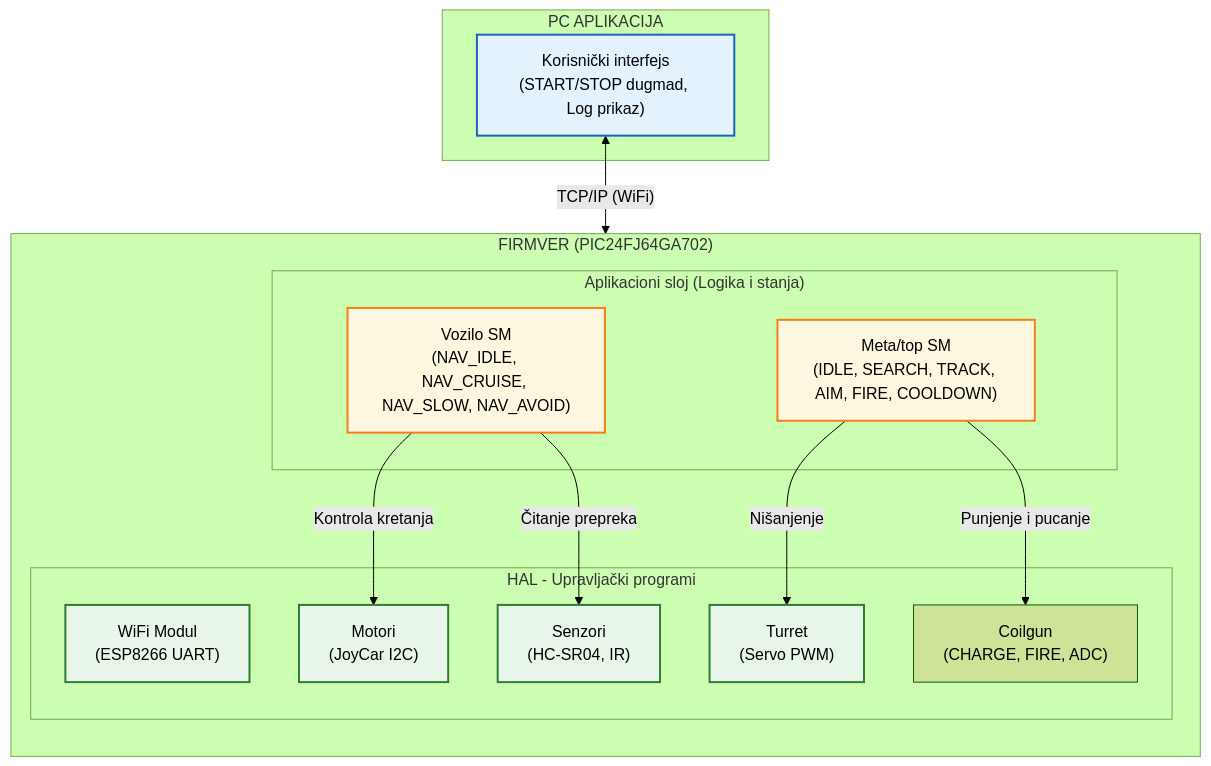
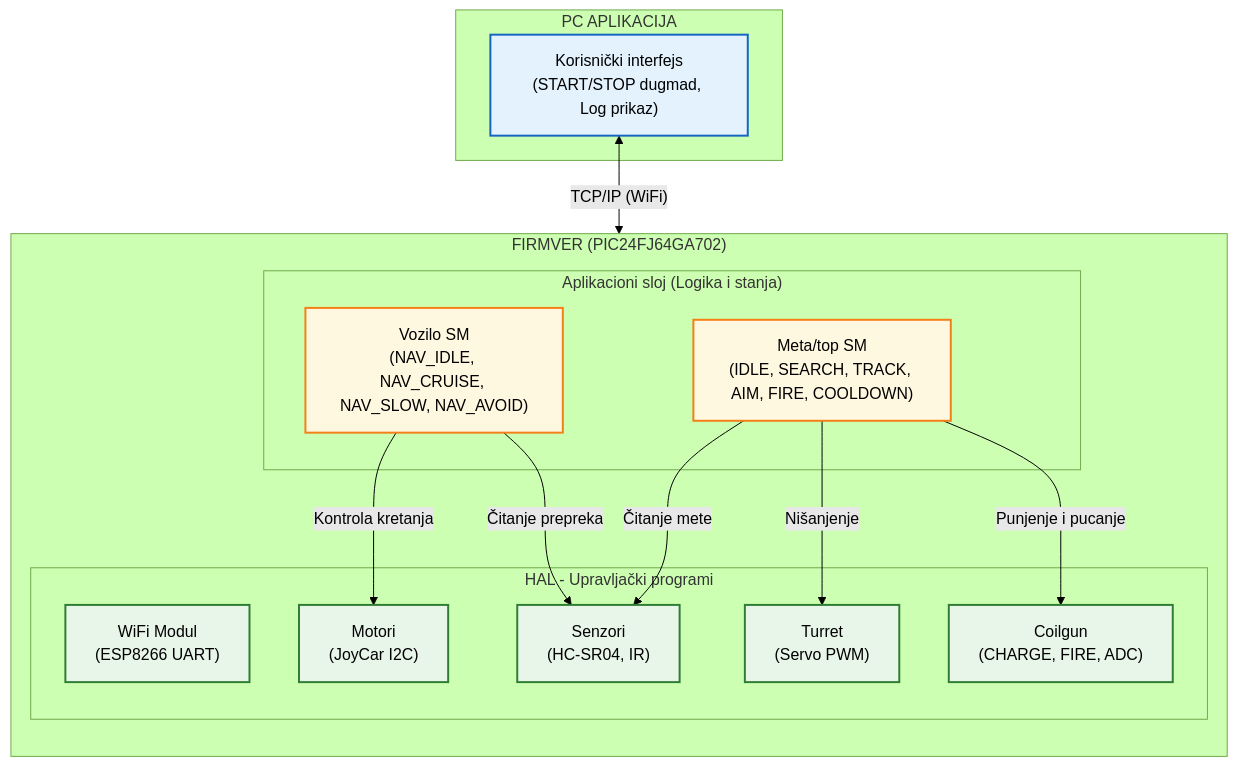
The diagram in docs/architecture/software.md (lukavidic/Vihor), drawn with Mermaid (forest theme) before and after one commit. The commit also changed other lines of this file and 2 other files, not shown here.

````diff
--- a/docs/architecture/software.md
+++ b/docs/architecture/software.md
@@ -29,42 +29,42 @@
 ```mermaid
 flowchart TD
     classDef layerApp fill:#e3f2fd,stroke:#1565c0,stroke-width:2px,color:#000
     classDef layerLogic fill:#fff8e1,stroke:#f57f17,stroke-width:2px,color:#000
     classDef layerHAL fill:#e8f5e9,stroke:#2e7d32,stroke-width:2px,color:#000
-    class DRV_WIFI,DRV_SENS,DRV_MOT,DRV_TUR,DRV_GUN layerHAL;
     
     subgraph PC["PC APLIKACIJA"]
         UI["Korisnički interfejs<br/>(START/STOP dugmad, Log prikaz)"]
     end
 
     subgraph FW["FIRMVER (PIC24FJ64GA702)"]
         direction TB
         
         subgraph LOGIKA["Aplikacioni sloj (Logika i stanja)"]
             SM_VEH["Vozilo SM<br/>(NAV_IDLE, NAV_CRUISE, NAV_SLOW, NAV_AVOID)"]
             SM_TUR["Meta/top SM<br/>(IDLE, SEARCH, TRACK, AIM, FIRE, COOLDOWN)"]
         end
         
         subgraph HAL["HAL - Upravljački programi"]
             DRV_WIFI["WiFi Modul<br/>(ESP8266 UART)"]
             DRV_SENS["Senzori<br/>(HC-SR04, IR)"]
             DRV_MOT["Motori<br/>(JoyCar I2C)"]
             DRV_TUR["Turret<br/>(Servo PWM)"]
             DRV_GUN["Coilgun<br/>(CHARGE, FIRE, ADC)"]
         end
     end
 
     %% Veze između slojeva
     UI <-->|"TCP/IP (WiFi)"| DRV_WIFI
     
     SM_VEH -->|"Kontrola kretanja"| DRV_MOT
     SM_VEH -->|"Čitanje prepreka"| DRV_SENS
     
     SM_TUR -->|"Nišanjenje"| DRV_TUR
     SM_TUR -->|"Punjenje i pucanje"| DRV_GUN
+    SM_TUR -->|"Čitanje mete"| DRV_SENS
 
     %% Primjena stilova (boja)
     class UI layerApp;
     class SM_VEH,SM_TUR layerLogic;
-    class DRV_WIFI,DRV_SENS,DRV_MOT,DRV_TUR layerHAL;
+    class DRV_WIFI,DRV_SENS,DRV_MOT,DRV_TUR,DRV_GUN layerHAL;
 ```
````
